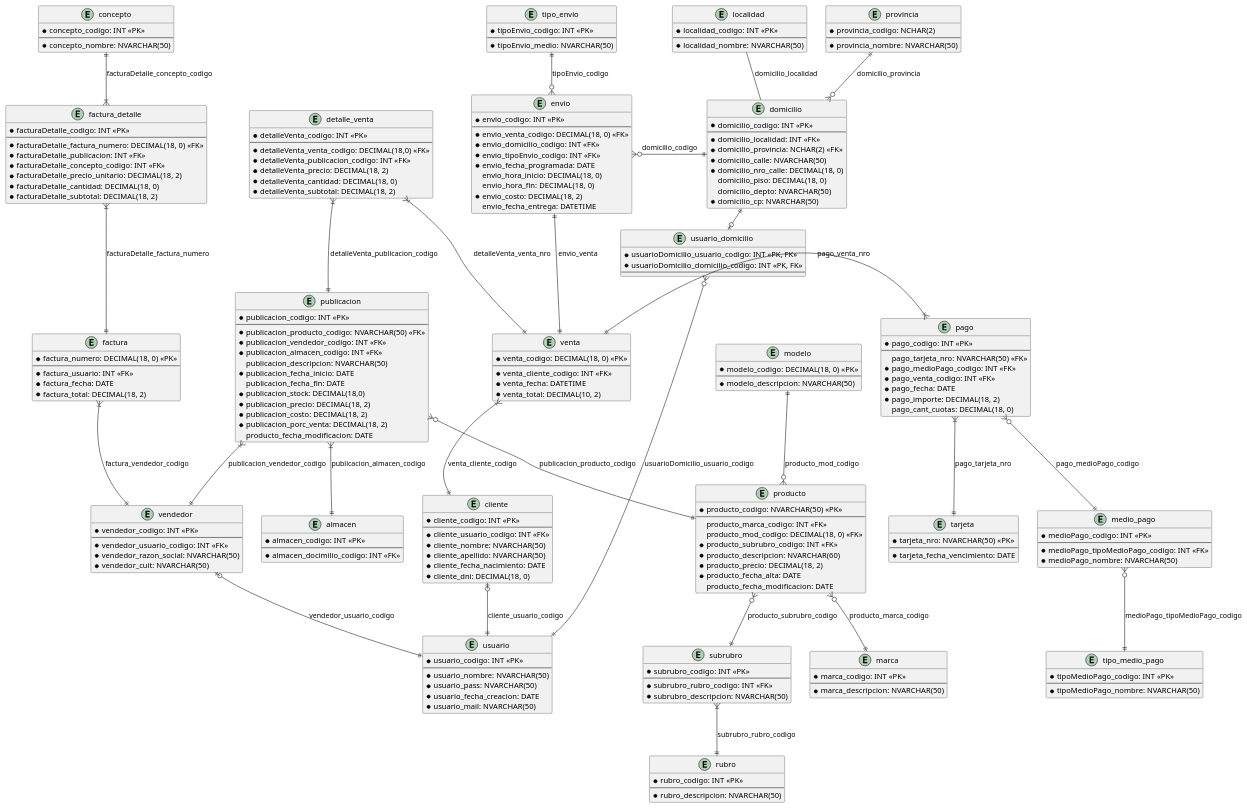
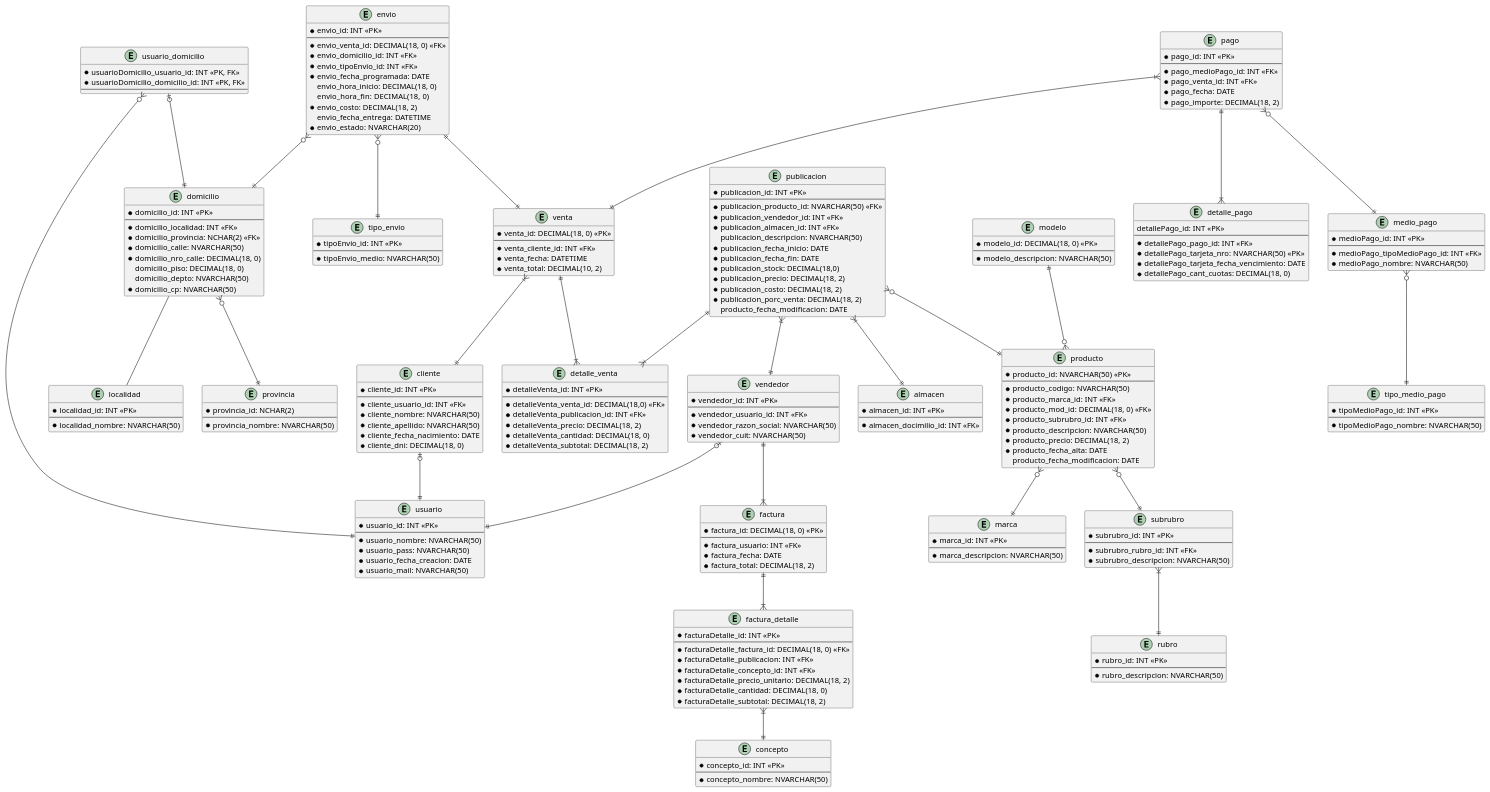
The diagram in diagramas/diagrama-entidad-relacion-inicial.puml (eitan-wajsberg/tp-gdd-2024-2C), drawn with PlantUML before and after one commit.

Commit message:
diagrama: arreglos en segun las respuestas de los ayudantes, cambio de nombre a las PK y mejora en la disposicion de la flechas en el diagrama

```diff
--- a/diagramas/diagrama-entidad-relacion-inicial.puml
+++ b/diagramas/diagrama-entidad-relacion-inicial.puml
@@ -1,15 +1,14 @@
 @startuml diagrama-entidad-relacion-inicial
 
 entity "publicacion" {
-  * publicacion_codigo: INT <<PK>>
+  * publicacion_id: INT <<PK>>
   --
-    * publicacion_producto_codigo: NVARCHAR(50) <<FK>>
-    * publicacion_vendedor_codigo: INT <<FK>>
-    * publicacion_almacen_codigo: INT <<FK>>
+    * publicacion_producto_id: NVARCHAR(50) <<FK>>
+    * publicacion_vendedor_id: INT <<FK>>
+    * publicacion_almacen_id: INT <<FK>>
     publicacion_descripcion: NVARCHAR(50)
-    ' publicacion_fecha_alta: DATE | Preguntar!!!
     * publicacion_fecha_inicio: DATE
-    publicacion_fecha_fin: DATE
+    * publicacion_fecha_fin: DATE
     * publicacion_stock: DECIMAL(18,0)
     * publicacion_precio: DECIMAL(18, 2)
     * publicacion_costo: DECIMAL(18, 2)
@@ -18,78 +17,79 @@
 }
 
 entity "producto" {
-  * producto_codigo: NVARCHAR(50) <<PK>>
+  * producto_id: NVARCHAR(50) <<PK>> 
   --
-    producto_marca_codigo: INT <<FK>>
-    producto_mod_codigo: DECIMAL(18, 0) <<FK>>
-    * producto_subrubro_codigo: INT <<FK>>
-    * producto_descripcion: NVARCHAR(60)
+    * producto_codigo: NVARCHAR(50)
+    * producto_marca_id: INT <<FK>>
+    * producto_mod_id: DECIMAL(18, 0) <<FK>>
+    * producto_subrubro_id: INT <<FK>>
+    * producto_descripcion: NVARCHAR(50)
     * producto_precio: DECIMAL(18, 2)
     * producto_fecha_alta: DATE
     producto_fecha_modificacion: DATE
 }
 
 entity "marca"{
-  * marca_codigo: INT <<PK>>
+  * marca_id: INT <<PK>>
   --
     * marca_descripcion: NVARCHAR(50)
 }
 
 entity "modelo"{
-  * modelo_codigo: DECIMAL(18, 0) <<PK>>
+  * modelo_id: DECIMAL(18, 0) <<PK>>
   --
     * modelo_descripcion: NVARCHAR(50)
 }
 
 entity "subrubro" {
-  * subrubro_codigo: INT <<PK>>
+  * subrubro_id: INT <<PK>>
   --
-    * subrubro_rubro_codigo: INT <<FK>>
+    * subrubro_rubro_id: INT <<FK>>
     * subrubro_descripcion: NVARCHAR(50)
 }
 
 entity "rubro" {
-  * rubro_codigo: INT <<PK>>
+  * rubro_id: INT <<PK>>
   --
     * rubro_descripcion: NVARCHAR(50)
 }
 
 entity "vendedor" {
-  * vendedor_codigo: INT <<PK>>
+  * vendedor_id: INT <<PK>>
   --
-    * vendedor_usuario_codigo: INT <<FK>>
+    * vendedor_usuario_id: INT <<FK>>
     * vendedor_razon_social: NVARCHAR(50) 
     * vendedor_cuit: NVARCHAR(50)
 }
 
 entity "almacen" {
-  * almacen_codigo: INT <<PK>>
+  * almacen_id: INT <<PK>>
   --
-    * almacen_docimilio_codigo: INT <<FK>>
+    * almacen_docimilio_id: INT <<FK>>
 }
 
 entity "venta" {
-  * venta_codigo: DECIMAL(18, 0) <<PK>>
+  * venta_id: DECIMAL(18, 0) <<PK>>
   --
-    * venta_cliente_codigo: INT <<FK>>
+    * venta_cliente_id: INT <<FK>>
     * venta_fecha: DATETIME
     * venta_total: DECIMAL(10, 2)
 }
 
 entity "detalle_venta" {
-  * detalleVenta_codigo: INT <<PK>>
+  * detalleVenta_id: INT <<PK>>
   --
-    * detalleVenta_venta_codigo: DECIMAL(18,0) <<FK>>
-    * detalleVenta_publicacion_codigo: INT <<FK>>
+    * detalleVenta_venta_id: DECIMAL(18,0) <<FK>>
+    * detalleVenta_publicacion_id: INT <<FK>>
     * detalleVenta_precio: DECIMAL(18, 2)
     * detalleVenta_cantidad: DECIMAL(18, 0)
     * detalleVenta_subtotal: DECIMAL(18, 2)
 }
 
 entity "cliente" {
-  * cliente_codigo: INT <<PK>>
+  * cliente_id: INT <<PK>>
   --
-    * cliente_usuario_codigo: INT <<FK>> 
+    * cliente_usuario_id: INT <<FK>> 
     * cliente_nombre: NVARCHAR(50)
     * cliente_apellido: NVARCHAR(50)
     * cliente_fecha_nacimiento: DATE
@@ -97,48 +97,48 @@
 }
 
 entity "pago" {
-  * pago_codigo: INT <<PK>>
+  * pago_id: INT <<PK>>
   --
-    pago_tarjeta_nro: NVARCHAR(50) <<FK>>
-    * pago_medioPago_codigo: INT <<FK>>
-    * pago_venta_codigo: INT <<FK>>
+    * pago_medioPago_id: INT <<FK>>
+    * pago_venta_id: INT <<FK>>
     * pago_fecha: DATE
     * pago_importe: DECIMAL(18, 2)
-    pago_cant_cuotas: DECIMAL(18, 0)
     ' y para otros tipos de pago que no sean la tarjeta?
 }
 
-entity "tarjeta" {
-  * tarjeta_nro: NVARCHAR(50) <<PK>>
+entity "detalle_pago" {
+  detallePago_id: INT <<PK>> 
   --
-    * tarjeta_fecha_vencimiento: DATE
+    * detallePago_pago_id: INT <<FK>>
+    * detallePago_tarjeta_nro: NVARCHAR(50) <<PK>>
+    * detallePago_tarjeta_fecha_vencimiento: DATE 
+    * detallePago_cant_cuotas: DECIMAL(18, 0)
 }
 
 entity "medio_pago" {
-  * medioPago_codigo: INT <<PK>>
+  * medioPago_id: INT <<PK>>
   --
-   * medioPago_tipoMedioPago_codigo: INT <<FK>>
+   * medioPago_tipoMedioPago_id: INT <<FK>>
    * medioPago_nombre: NVARCHAR(50)
 }
 
 entity "tipo_medio_pago" {
-  * tipoMedioPago_codigo: INT <<PK>>
+  * tipoMedioPago_id: INT <<PK>>
   --
     * tipoMedioPago_nombre: NVARCHAR(50)
 }
 
 entity "usuario" {
-  * usuario_codigo: INT <<PK>>
+  * usuario_id: INT <<PK>>
   --
     * usuario_nombre: NVARCHAR(50)
     * usuario_pass: NVARCHAR(50)
     * usuario_fecha_creacion: DATE
     * usuario_mail: NVARCHAR(50)
-    ' Un usuario puede tener mas de un mail?
 }
 
 entity "domicilio" {
-  * domicilio_codigo: INT <<PK>>
+  * domicilio_id: INT <<PK>>
   --
     * domicilio_localidad: INT <<FK>>
     * domicilio_provincia: NCHAR(2) <<FK>>
@@ -150,45 +150,45 @@
 }
 
 entity "usuario_domicilio" {
-  * usuarioDomicilio_usuario_codigo: INT <<PK, FK>>
-  * usuarioDomicilio_domicilio_codigo: INT <<PK, FK>>
+  * usuarioDomicilio_usuario_id: INT <<PK, FK>>
+  * usuarioDomicilio_domicilio_id: INT <<PK, FK>>
   --
 }
 
 entity "localidad" {
-  * localidad_codigo: INT <<PK>>
+  * localidad_id: INT <<PK>>
   --
     * localidad_nombre: NVARCHAR(50) 
 }
 
 entity "provincia"{
-  * provincia_codigo: NCHAR(2)
+  * provincia_id: NCHAR(2)
   --
     * provincia_nombre: NVARCHAR(50)
 }
 
 entity "envio" {
-  * envio_codigo: INT <<PK>>
+  * envio_id: INT <<PK>>
   --
-   * envio_venta_codigo: DECIMAL(18, 0) <<FK>>
-   * envio_domicilio_codigo: INT <<FK>>
-   * envio_tipoEnvio_codigo: INT <<FK>>
+   * envio_venta_id: DECIMAL(18, 0) <<FK>>
+   * envio_domicilio_id: INT <<FK>>
+   * envio_tipoEnvio_id: INT <<FK>>
    * envio_fecha_programada: DATE
    envio_hora_inicio: DECIMAL(18, 0)
    envio_hora_fin:  DECIMAL(18, 0)
    * envio_costo: DECIMAL(18, 2)
    envio_fecha_entrega: DATETIME
-   ' estado?
+   * envio_estado: NVARCHAR(20)
 }
 
 entity "tipo_envio" {
-  * tipoEnvio_codigo: INT <<PK>>
+  * tipoEnvio_id: INT <<PK>>
   --
     * tipoEnvio_medio: NVARCHAR(50)
 }
 
 entity "factura" {
-  * factura_numero: DECIMAL(18, 0) <<PK>>
+  * factura_id: DECIMAL(18, 0) <<PK>>
   --
     * factura_usuario: INT <<FK>> 
     * factura_fecha: DATE
@@ -196,55 +196,55 @@
 }
 
 entity "factura_detalle" {
-  * facturaDetalle_codigo: INT <<PK>>
+  * facturaDetalle_id: INT <<PK>>
   --
-    * facturaDetalle_factura_numero: DECIMAL(18, 0) <<FK>>
+    * facturaDetalle_factura_id: DECIMAL(18, 0) <<FK>>
     * facturaDetalle_publicacion: INT <<FK>> 
-    * facturaDetalle_concepto_codigo: INT <<FK>>
+    * facturaDetalle_concepto_id: INT <<FK>>
     * facturaDetalle_precio_unitario: DECIMAL(18, 2)
     * facturaDetalle_cantidad: DECIMAL(18, 0)
     * facturaDetalle_subtotal: DECIMAL(18, 2)
 }
 
 entity "concepto" {
-  * concepto_codigo: INT <<PK>>
+  * concepto_id: INT <<PK>>
   --
     * concepto_nombre: NVARCHAR(50)
 }
 
-concepto ||--|{ factura_detalle: "facturaDetalle_concepto_codigo"
-factura_detalle }|--|| factura: "facturaDetalle_factura_numero"
+concepto ||-up-|{ factura_detalle
+factura_detalle }|-up-|| factura
 
-publicacion }o--|| producto : "publicacion_producto_codigo"
-producto }o--|| subrubro : "producto_subrubro_codigo"
-producto }o--|| marca : "producto_marca_codigo"
-subrubro }|--|| rubro : "subrubro_rubro_codigo"
+publicacion }o--|| producto
+producto }o--|| subrubro
+producto }o--|| marca
+subrubro }|--|| rubro
 
-publicacion }|--|| vendedor : "publicacion_vendedor_codigo"
-publicacion }|--|| almacen : "publicacion_almacen_codigo"
+publicacion }|--|| vendedor
+publicacion }|--|| almacen
 
-venta }|--|| cliente : "venta_cliente_codigo"
-detalle_venta }|--|| venta : "detalleVenta_venta_nro"
-detalle_venta }|--|| publicacion : "detalleVenta_publicacion_codigo"
+venta }|--|| cliente
+detalle_venta }|-up-|| venta
+detalle_venta }|-left-|| publicacion 
 
-pago }|-left-|| venta : "pago_venta_nro"
-factura }|--|| vendedor : "factura_vendedor_codigo"
+pago }|--|| venta
+factura }|-up-|| vendedor
 
-domicilio }o-up-|| provincia: "domicilio_provincia"
-domicilio -up- localidad: "domicilio_localidad"
+domicilio }o--|| provincia
+domicilio -- localidad
 
-usuario_domicilio |o-left-|| domicilio: "usuarioDomicilio_domicilio_codigo"
-usuario_domicilio }o--|| usuario: "usuarioDomicilio_usuario_codigo"
-modelo ||--o{ producto: "producto_mod_codigo"
-vendedor |o--|| usuario: "vendedor_usuario_codigo"
-cliente |o--|| usuario: "cliente_usuario_codigo" 
+usuario_domicilio |o--|| domicilio
+usuario_domicilio }o-right-|| usuario
+modelo ||--o{ producto
+vendedor |o--|| usuario
+cliente |o--|| usuario
 
-envio }o-up-|| tipo_envio : "tipoEnvio_codigo"
-envio }o-right-|| domicilio : "domicilio_codigo"
-envio ||--|| venta : "envio_venta"
+envio }o--|| tipo_envio
+envio }o--|| domicilio
+envio ||--|| venta
 
-pago }o--|| medio_pago : "pago_medioPago_codigo"
-medio_pago }o--|| tipo_medio_pago : "medioPago_tipoMedioPago_codigo"
-pago }|--|| tarjeta: "pago_tarjeta_nro"
+pago }o--|| medio_pago
+medio_pago }o--|| tipo_medio_pago
+pago ||--|{ detalle_pago
 
 @enduml
```
